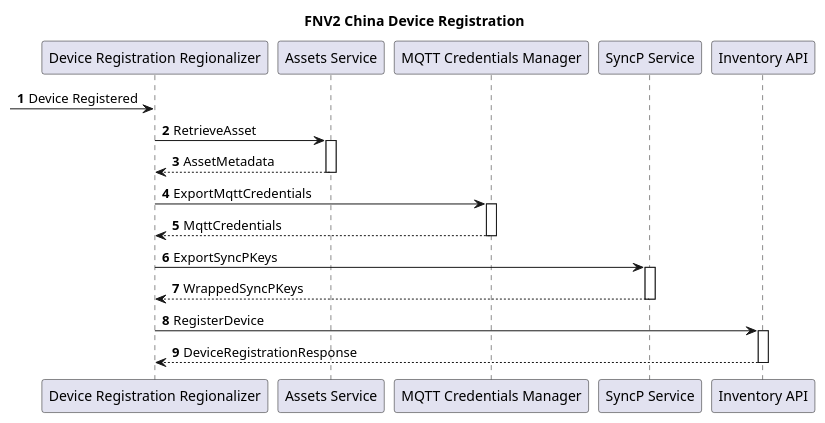
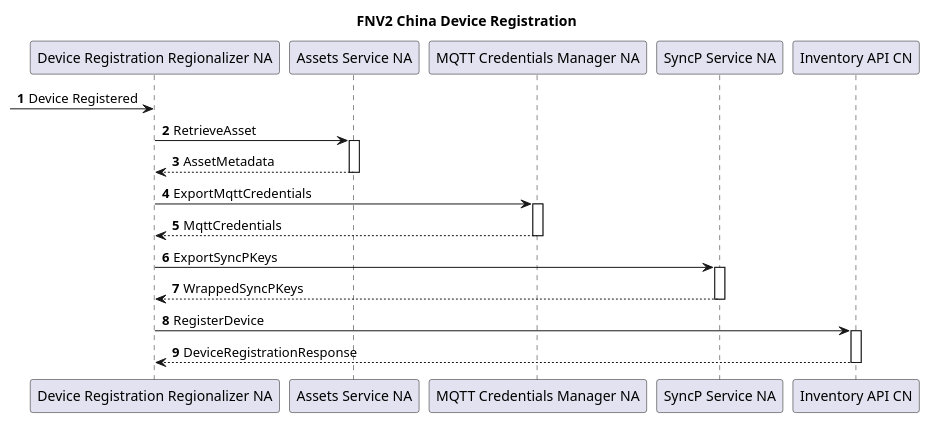
Before and after one commit to markprotas-autonomic/fnv2-provisioning-puml: the diagram in fnv2-china-registration.puml, drawn with PlantUML.

Commit message:
Added NA and CN suffixes to processes as appropriate

```diff
--- a/fnv2-china-registration.puml
+++ b/fnv2-china-registration.puml
@@ -1,26 +1,26 @@
 @startuml
 autonumber
 
 
 title FNV2 China Device Registration
 
-participant "Device Registration Regionalizer" as drr
-participant "Assets Service" as assets
-participant "MQTT Credentials Manager" as credman
-participant "SyncP Service" as syncp
-participant "Inventory API" as inv
+participant "Device Registration Regionalizer NA" as drr
+participant "Assets Service NA" as assets
+participant "MQTT Credentials Manager NA" as credman
+participant "SyncP Service NA" as syncp
+participant "Inventory API CN" as inv
 
 [-> drr: Device Registered
 
 drr -> assets ++: RetrieveAsset
 return AssetMetadata
 
 drr -> credman ++: ExportMqttCredentials 
 return MqttCredentials
 
 drr -> syncp ++: ExportSyncPKeys
 return WrappedSyncPKeys
 
 drr -> inv ++: RegisterDevice
 return DeviceRegistrationResponse
 @enduml
```
